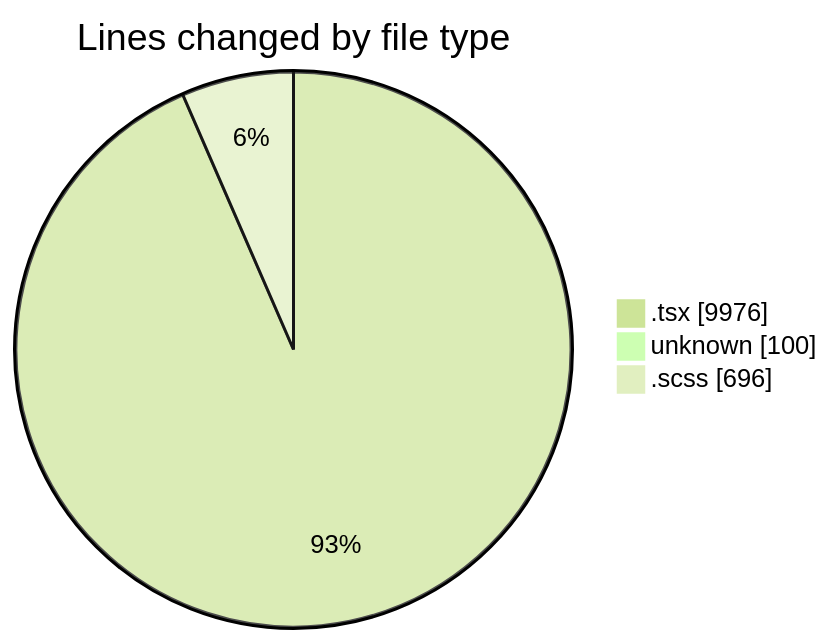
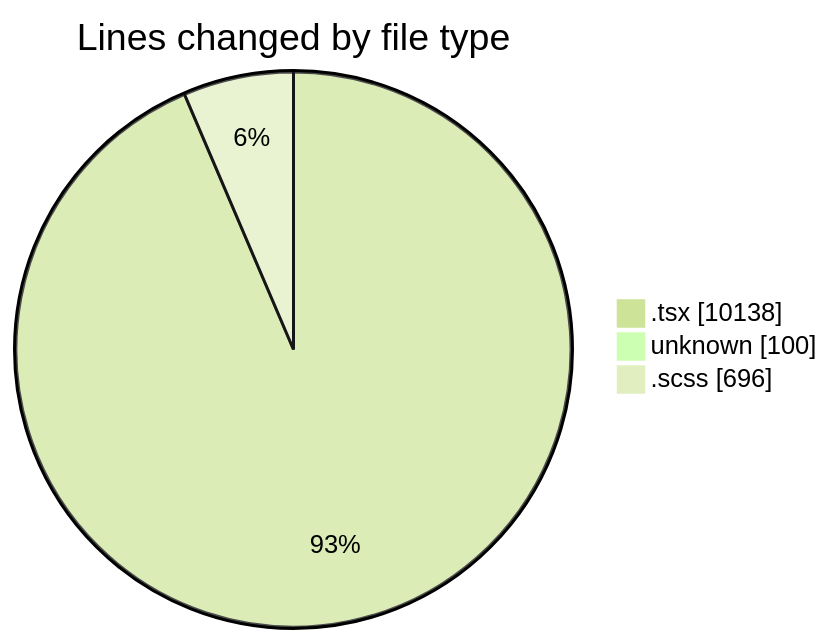
The first of 2 diagrams in 2025-12-05/cda/README.md (momahboobian/code-tracking), drawn with Mermaid (forest theme) before and after one commit. The commit also changed other lines of this file and 1 other file, not shown here.

````diff
--- a/2025-12-05/cda/README.md
+++ b/2025-12-05/cda/README.md
@@ -37,7 +38,7 @@
 ```mermaid
 pie showData
 title Lines changed by file type
-".tsx" : 9976
+".tsx" : 10138
 "unknown" : 100
 ".scss" : 696
 ```
````
